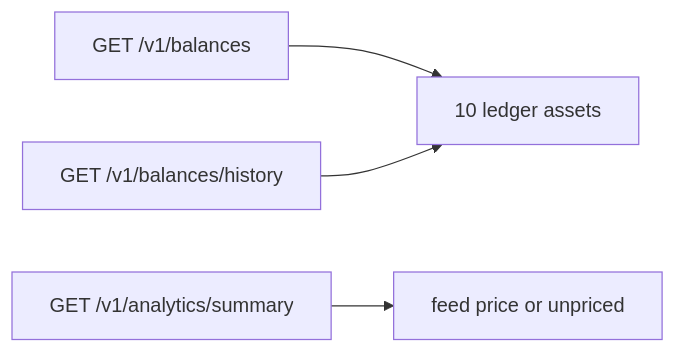
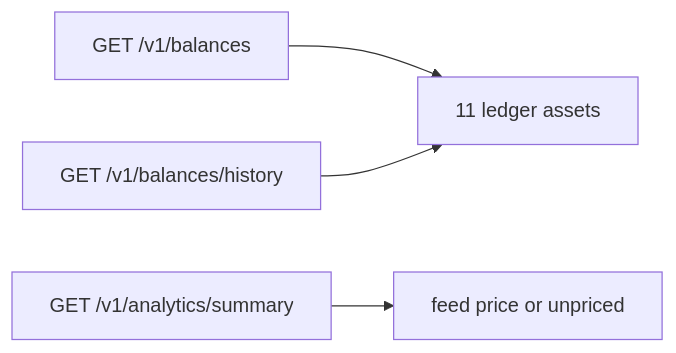
Before and after one commit to CBpayapp/cbpay-docs: the diagram in mcp-pack/guides/en/guides/fiat-ledger-assets.md, drawn with Mermaid. The commit also changed other lines of this file and 81 other files, not shown here.

````diff
--- a/mcp-pack/guides/en/guides/fiat-ledger-assets.md
+++ b/mcp-pack/guides/en/guides/fiat-ledger-assets.md
@@ -15,6 +22,6 @@
 ```mermaid
 flowchart LR
-  balances["GET /v1/balances"] --> ledger["10 ledger assets"]
+  balances["GET /v1/balances"] --> ledger["11 ledger assets"]
   history["GET /v1/balances/history"] --> ledger
   analytics["GET /v1/analytics/summary"] --> valuation["feed price or unpriced"]
 ```
````
